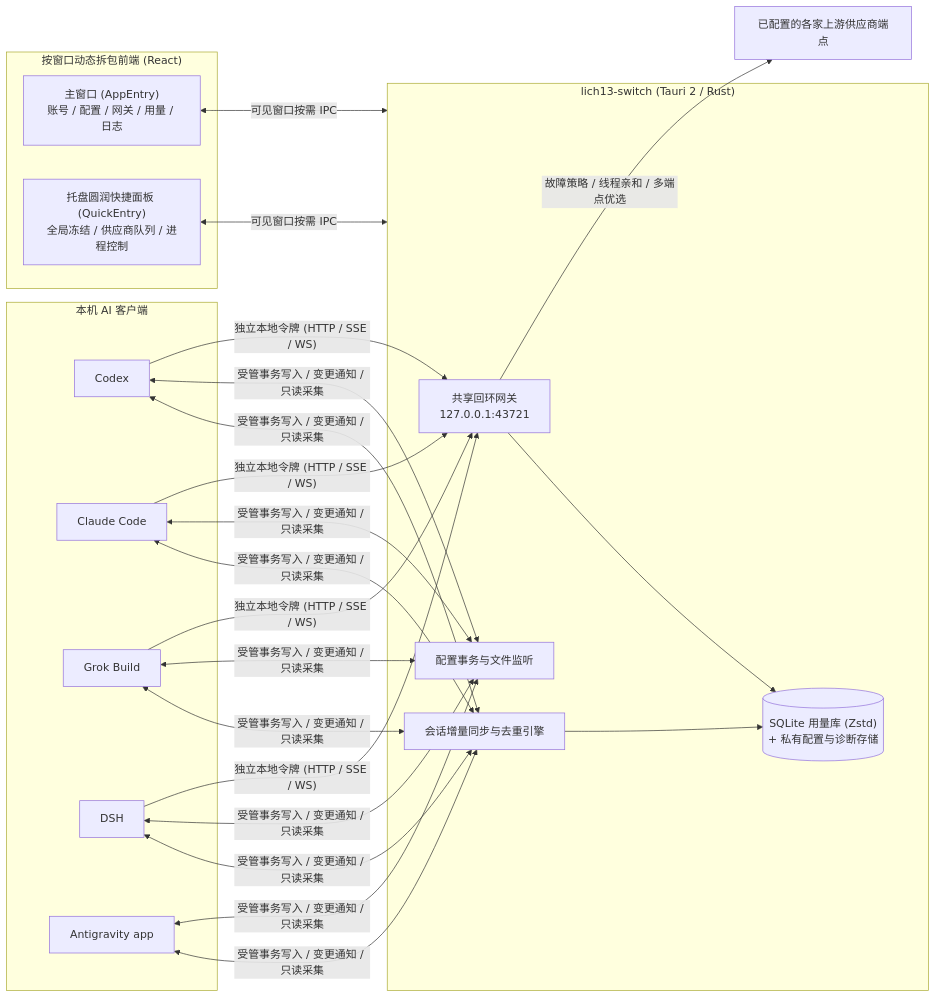
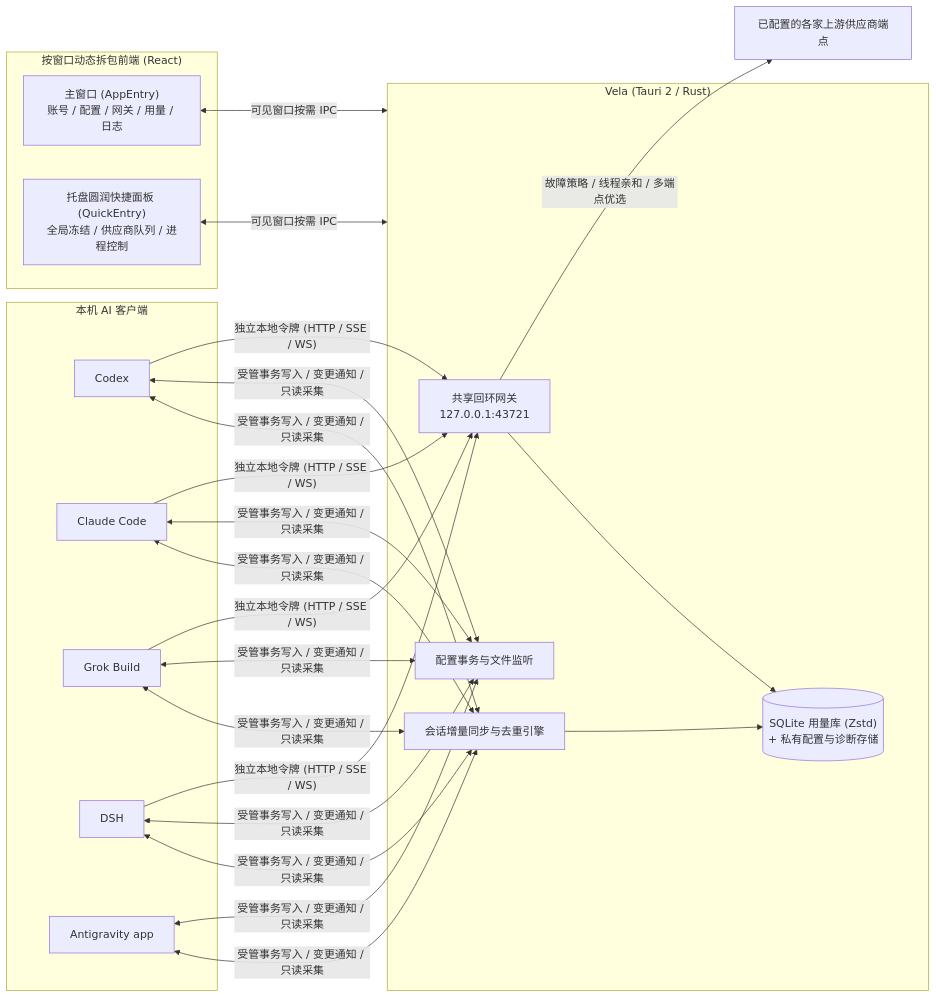
The diagram in README.md (lich13/lich13-switch), drawn with Mermaid before and after one commit. The commit also changed other lines of this file and 69 other files, not shown here.

Commit message:
升级星空主题品牌 Vela、重绘脉冲星图标与星云图表

````diff
--- a/README.md
+++ b/README.md
@@ -60,30 +60,30 @@
 ```mermaid
 flowchart LR
   subgraph Clients["本机 AI 客户端"]
     Codex["Codex"]
     Claude["Claude Code"]
     Grok["Grok Build"]
     DSH["DSH"]
     AG["Antigravity app"]
   end
 
-  subgraph Core["lich13-switch (Tauri 2 / Rust)"]
+  subgraph Core["Vela (Tauri 2 / Rust)"]
     GW["共享回环网关\n127.0.0.1:43721"]
     Watch["配置事务与文件监听"]
     Sync["会话增量同步与去重引擎"]
     DB[("SQLite 用量库 (Zstd)\n+ 私有配置与诊断存储")]
   end
 
   subgraph UI["按窗口动态拆包前端 (React)"]
     Main["主窗口 (AppEntry)\n账号 / 配置 / 网关 / 用量 / 日志"]
     Quick["托盘圆润快捷面板 (QuickEntry)\n全局冻结 / 供应商队列 / 进程控制"]
   end
 
   Upstreams["已配置的各家上游供应商端点"]
 
   Codex & Claude & Grok & DSH -->|"独立本地令牌 (HTTP / SSE / WS)"| GW
   GW -->|"故障策略 / 线程亲和 / 多端点优选"| Upstreams
   Codex & Claude & Grok & DSH & AG <-->|"受管事务写入 / 变更通知 / 只读采集"| Watch & Sync
   GW & Sync --> DB
   Main & Quick <-->|"可见窗口按需 IPC"| Core
 ```
````
